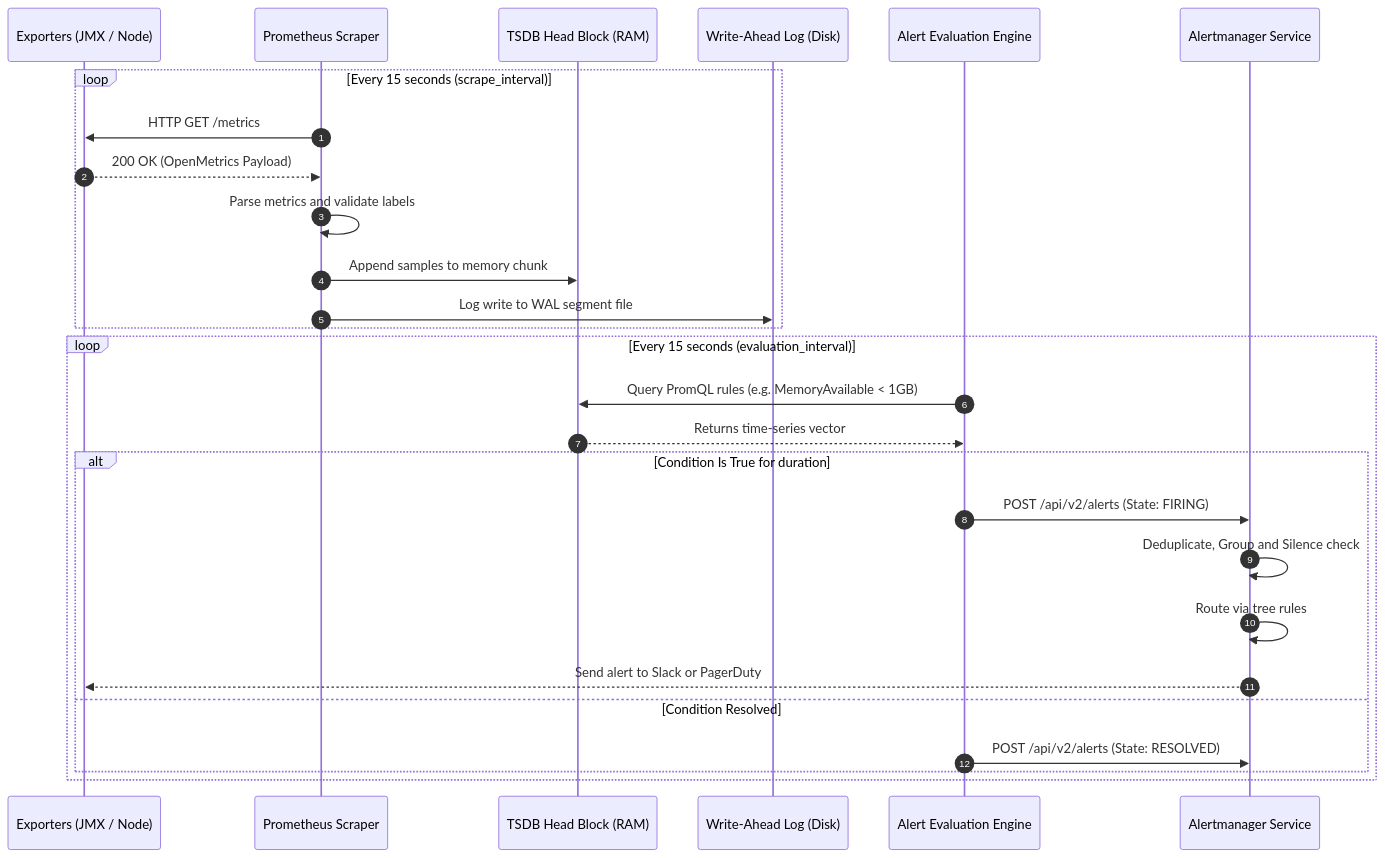
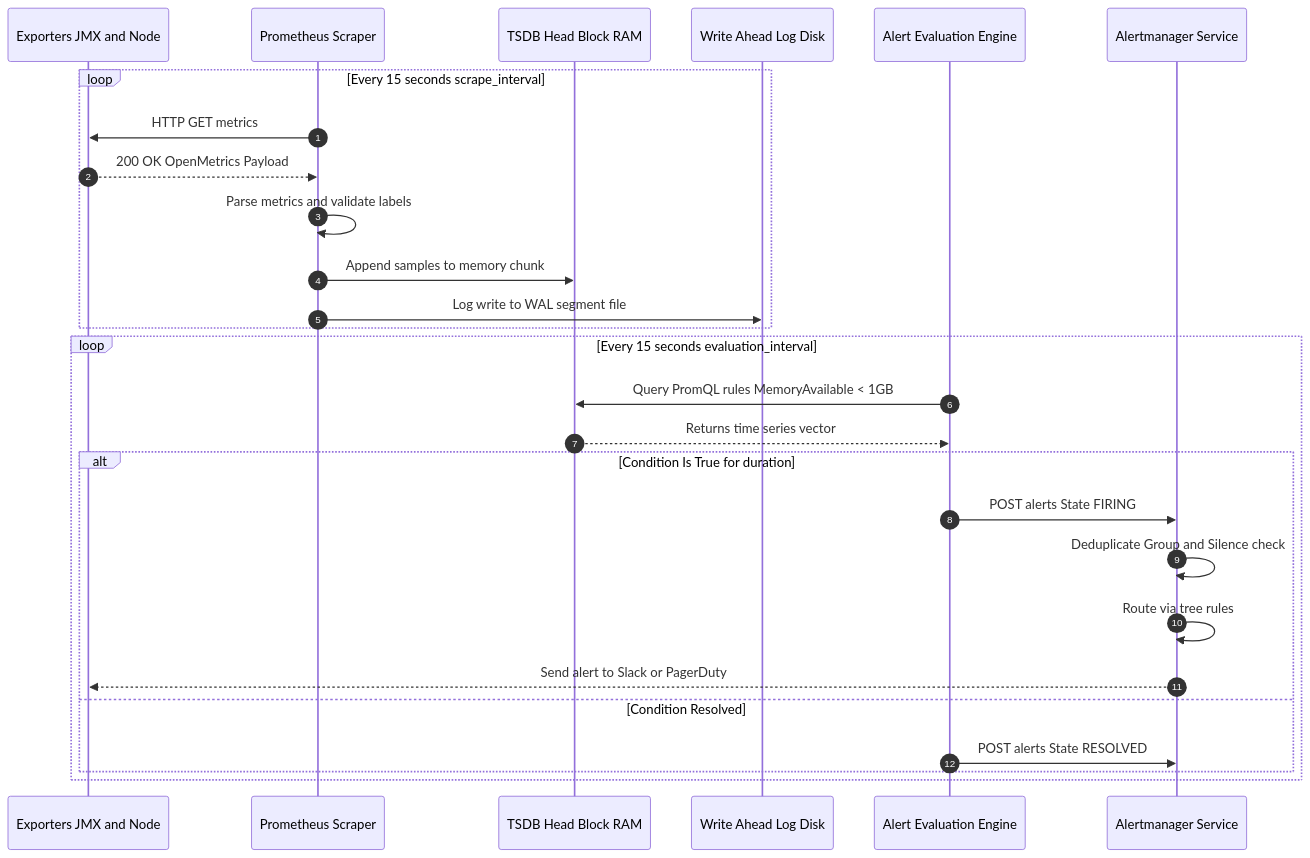
The fourth of 6 diagrams in Day-28-Platform-Observability/README.md (userhimanshuverma/30_Days_of_Modern_Hadoop_Ecosystem), drawn with Mermaid before and after one commit. The commit also changed other lines of this file and 5 other files, not shown here.

Commit message:
fix(day-28): Simplify Mermaid diagram syntax to ensure 100% visual rendering in GitHub UI

````diff
--- a/Day-28-Platform-Observability/README.md
+++ b/Day-28-Platform-Observability/README.md
@@ -194,31 +194,31 @@
 ```mermaid
 sequenceDiagram
     autonumber
-    participant Target as Exporters (JMX / Node)
+    participant Target as Exporters JMX and Node
     participant PromScraper as Prometheus Scraper
-    participant TSDBMem as TSDB Head Block (RAM)
-    participant WAL as Write-Ahead Log (Disk)
+    participant TSDBMem as TSDB Head Block RAM
+    participant WAL as Write Ahead Log Disk
     participant RuleEngine as Alert Evaluation Engine
     participant AlertMgr as Alertmanager Service
 
-    loop Every 15 seconds (scrape_interval)
-        PromScraper->>Target: HTTP GET /metrics
-        Target-->>PromScraper: 200 OK (OpenMetrics Payload)
+    loop Every 15 seconds scrape_interval
+        PromScraper->>Target: HTTP GET metrics
+        Target-->>PromScraper: 200 OK OpenMetrics Payload
         PromScraper->>PromScraper: Parse metrics and validate labels
         PromScraper->>TSDBMem: Append samples to memory chunk
         PromScraper->>WAL: Log write to WAL segment file
     end
 
-    loop Every 15 seconds (evaluation_interval)
-        RuleEngine->>TSDBMem: Query PromQL rules (e.g. MemoryAvailable < 1GB)
-        TSDBMem-->>RuleEngine: Returns time-series vector
+    loop Every 15 seconds evaluation_interval
+        RuleEngine->>TSDBMem: Query PromQL rules MemoryAvailable < 1GB
+        TSDBMem-->>RuleEngine: Returns time series vector
         alt Condition Is True for duration
-            RuleEngine->>AlertMgr: POST /api/v2/alerts (State: FIRING)
-            AlertMgr->>AlertMgr: Deduplicate, Group and Silence check
+            RuleEngine->>AlertMgr: POST alerts State FIRING
+            AlertMgr->>AlertMgr: Deduplicate Group and Silence check
             AlertMgr->>AlertMgr: Route via tree rules
             AlertMgr-->>Target: Send alert to Slack or PagerDuty
         else Condition Resolved
-            RuleEngine->>AlertMgr: POST /api/v2/alerts (State: RESOLVED)
+            RuleEngine->>AlertMgr: POST alerts State RESOLVED
         end
     end
 ```
````
